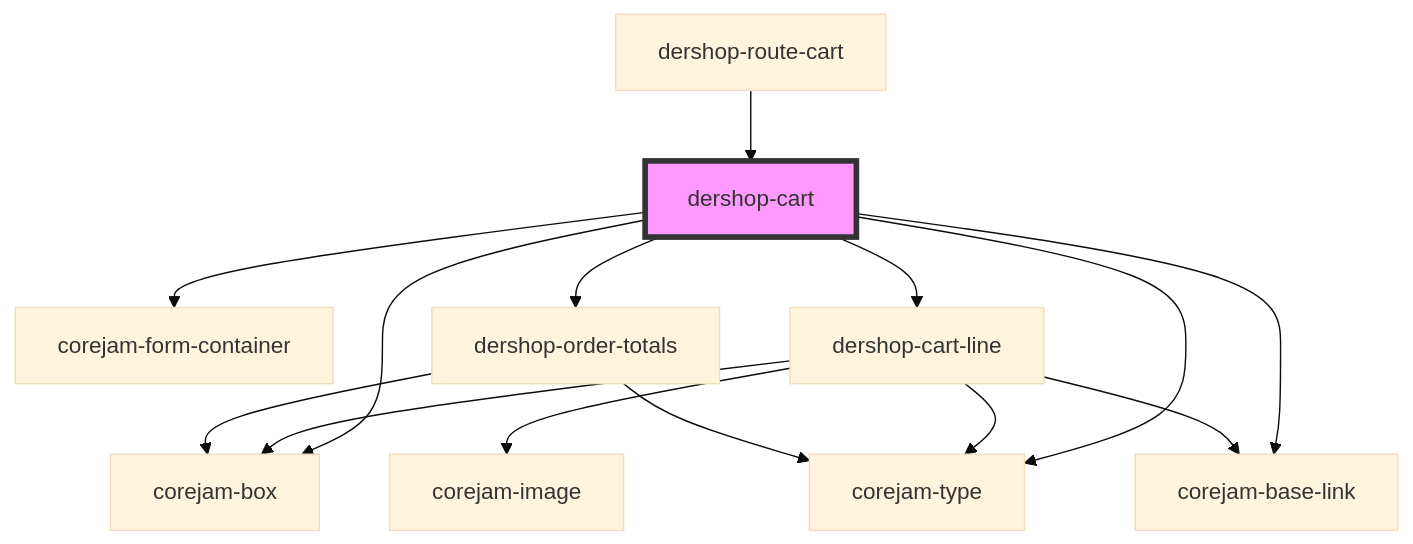
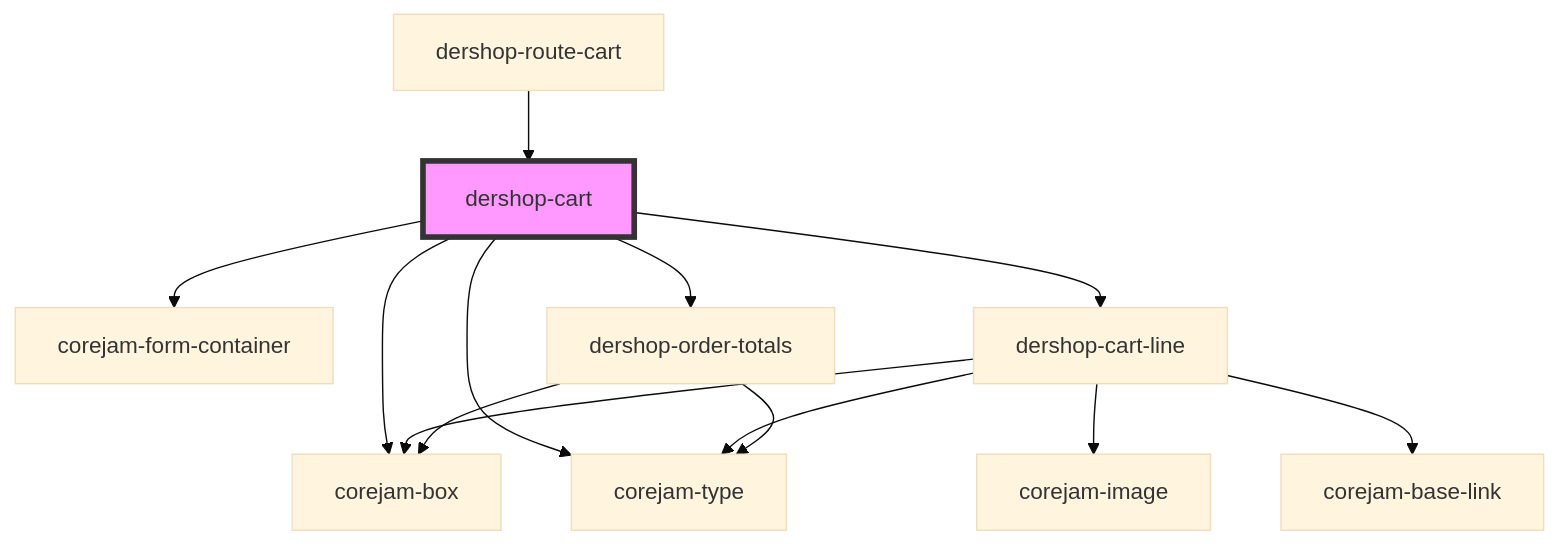
The diagram in packages/plugins/dershop/app/components/dershop-cart/readme.md (corejam/corejam), drawn with Mermaid (base theme) before and after one commit. The commit also changed other lines of this file and 2 other files, not shown here.

Commit message:
fix routing issue

````diff
--- a/packages/plugins/dershop/app/components/dershop-cart/readme.md
+++ b/packages/plugins/dershop/app/components/dershop-cart/readme.md
@@ -24,17 +23,16 @@
 ```mermaid
 graph TD;
   dershop-cart --> corejam-box
   dershop-cart --> corejam-type
   dershop-cart --> corejam-form-container
   dershop-cart --> dershop-cart-line
   dershop-cart --> dershop-order-totals
-  dershop-cart --> corejam-base-link
   dershop-cart-line --> corejam-box
   dershop-cart-line --> corejam-image
   dershop-cart-line --> corejam-base-link
   dershop-cart-line --> corejam-type
   dershop-order-totals --> corejam-box
   dershop-order-totals --> corejam-type
   dershop-route-cart --> dershop-cart
   style dershop-cart fill:#f9f,stroke:#333,stroke-width:4px
 ```
````
